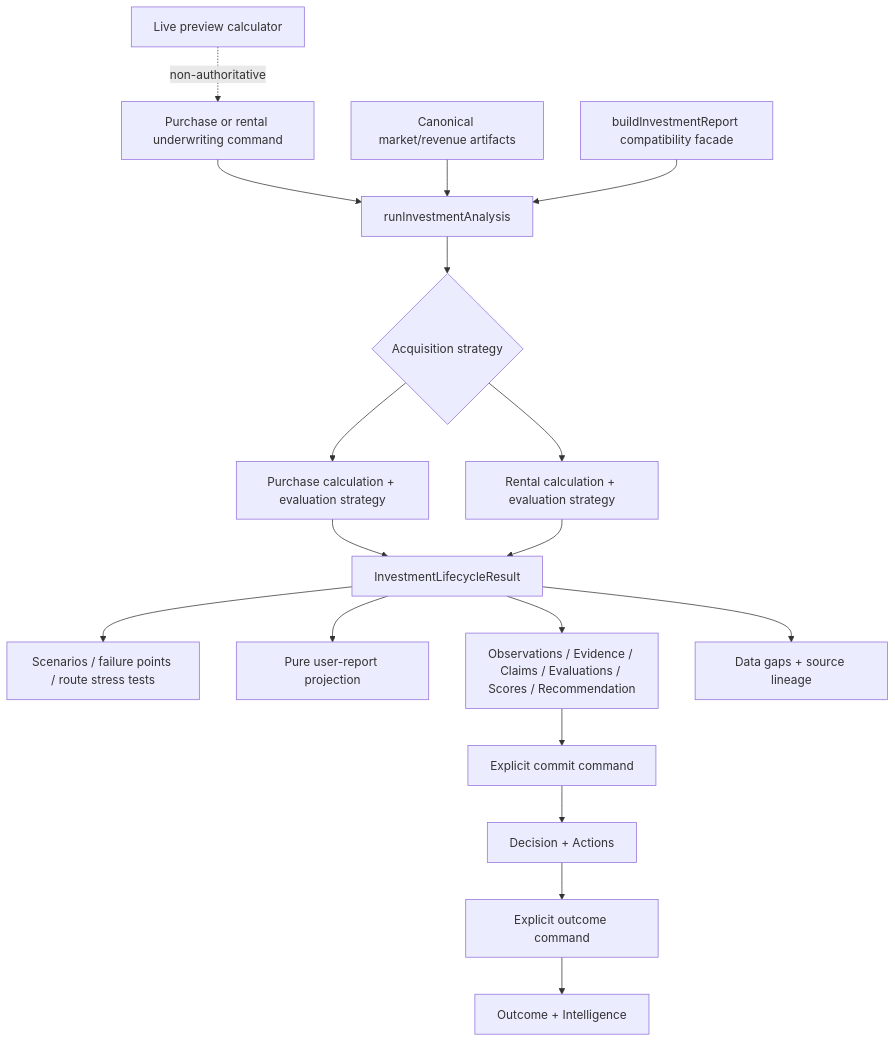
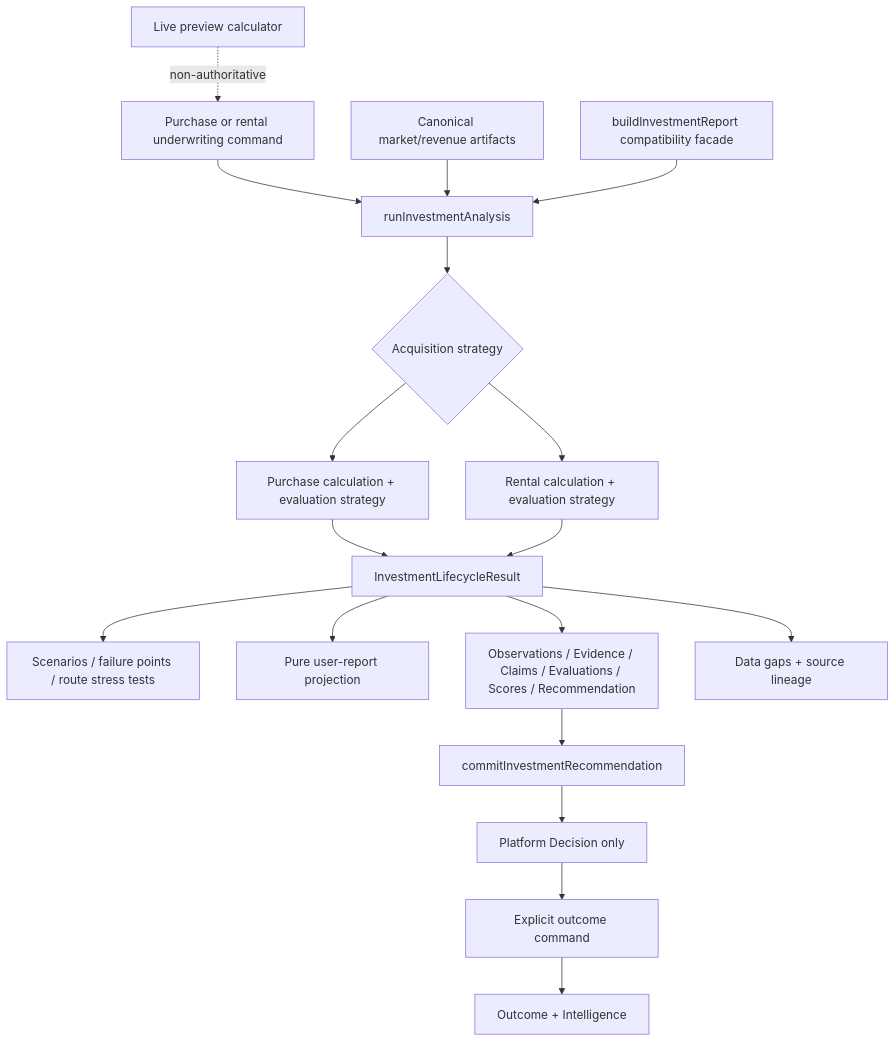
The second of 3 diagrams in docs/architecture/investment-intelligence-orchestration.md (tlafrentz/luxe-haven-collective), drawn with Mermaid before and after one commit. The commit also changed other lines of this file and 9 other files, not shown here.

Commit message:
feat(investment): add canonical recommendation commitment

````diff
--- a/docs/architecture/investment-intelligence-orchestration.md
+++ b/docs/architecture/investment-intelligence-orchestration.md
@@ -246,20 +246,20 @@
 ```mermaid
 flowchart TD
   Command[Purchase or rental underwriting command] --> Orchestrator[runInvestmentAnalysis]
   Upstream[Canonical market/revenue artifacts] --> Orchestrator
   Orchestrator --> Route{Acquisition strategy}
   Route --> Purchase[Purchase calculation + evaluation strategy]
   Route --> Rental[Rental calculation + evaluation strategy]
   Purchase --> Result[InvestmentLifecycleResult]
   Rental --> Result
   Result --> Derived[Scenarios / failure points / route stress tests]
   Result --> Report[Pure user-report projection]
   Result --> Platform[Observations / Evidence / Claims / Evaluations / Scores / Recommendation]
   Result --> Gaps[Data gaps + source lineage]
-  Platform --> Commit[Explicit commit command]
-  Commit --> Decision[Decision + Actions]
+  Platform --> Commit[commitInvestmentRecommendation]
+  Commit --> Decision[Platform Decision only]
   Decision --> Measure[Explicit outcome command]
   Measure --> Outcome[Outcome + Intelligence]
   Compat[buildInvestmentReport compatibility facade] --> Orchestrator
   Preview[Live preview calculator] -. non-authoritative .-> Command
 ```
````
